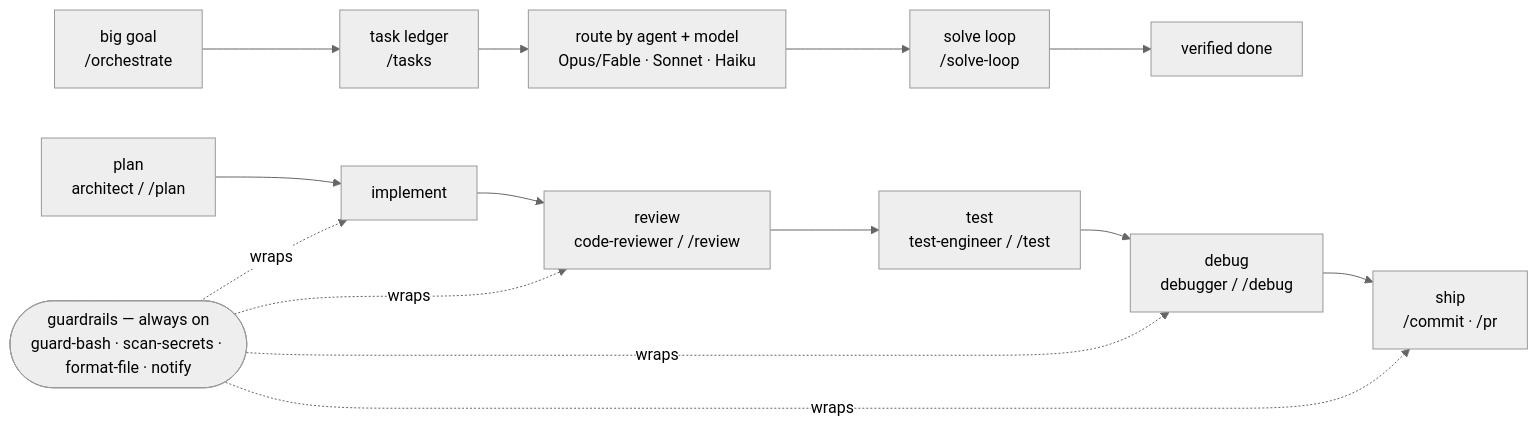
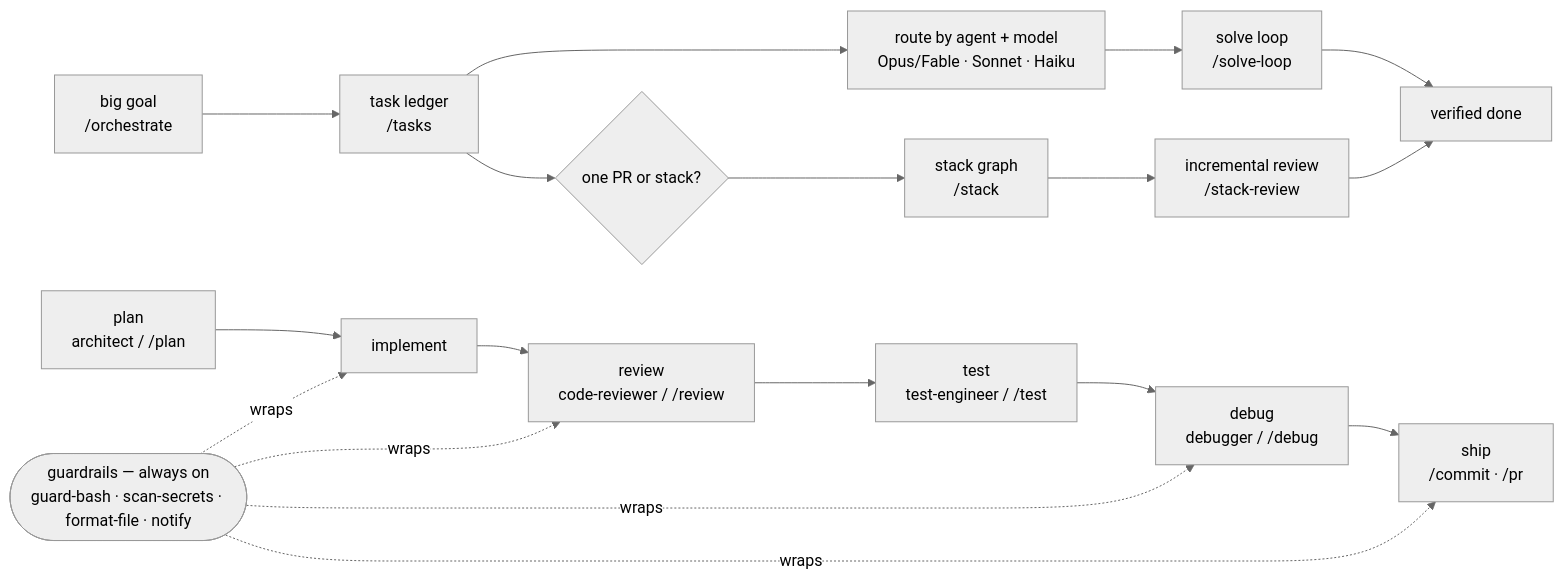
Before and after one commit to AlisinaDevelo/md-files: the diagram in README.md, drawn with Mermaid (neutral theme). The commit also changed other lines of this file and 56 other files, not shown here.

````diff
--- a/README.md
+++ b/README.md
@@ -232,19 +238,23 @@
 ```mermaid
 flowchart LR
   goal["big goal\n/orchestrate"] --> ledger["task ledger\n/tasks"]
   ledger --> route["route by agent + model\nOpus/Fable · Sonnet · Haiku"]
   route --> loop["solve loop\n/solve-loop"]
   loop --> done["verified done"]
+  ledger --> topology{"one PR or stack?"}
+  topology --> stack["stack graph\n/stack"]
+  stack --> stackreview["incremental review\n/stack-review"]
+  stackreview --> done
 
   plan["plan\narchitect / /plan"] --> impl[implement]
   impl --> review["review\ncode-reviewer / /review"]
   review --> test["test\ntest-engineer / /test"]
   test --> debug["debug\ndebugger / /debug"]
   debug --> ship["ship\n/commit · /pr"]
 
   guard(["guardrails — always on\nguard-bash · scan-secrets · format-file · notify"])
   guard -. wraps .-> impl
   guard -. wraps .-> review
   guard -. wraps .-> debug
   guard -. wraps .-> ship
 ```
````
